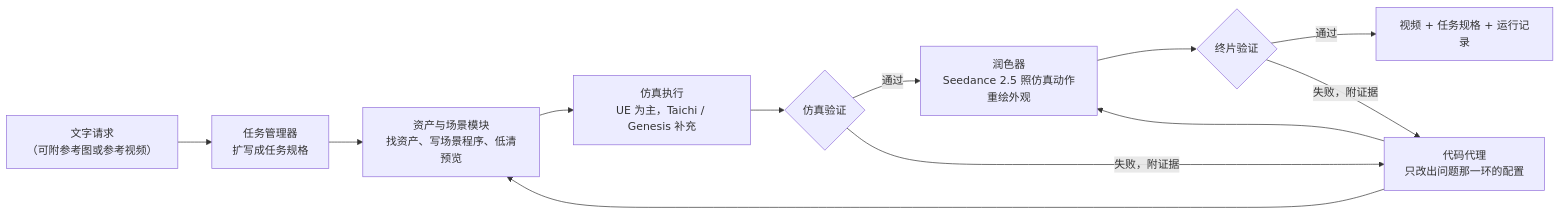
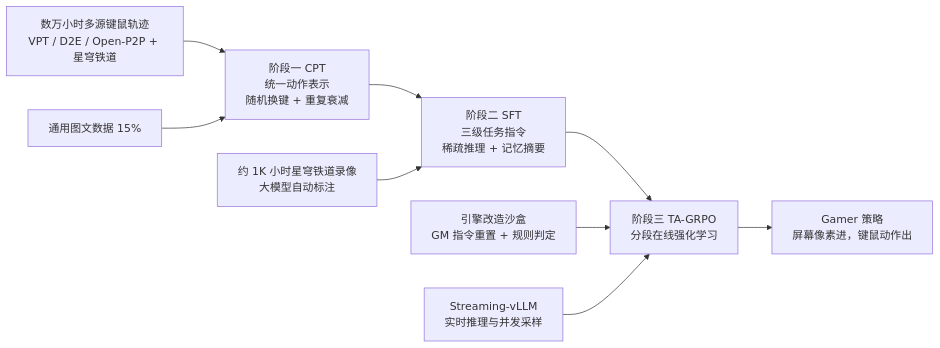
Before and after one commit to yingwang/paper-reads: the second of 6 diagrams in docs/index.md, drawn with Mermaid. The commit also changed other lines of this file and 2 other files, not shown here.

First line of the commit message:
Add 2026-11-16-gamer-generalist-vla-real-time-game-agent

````diff
--- a/docs/index.md
+++ b/docs/index.md
@@ -104,14 +89,11 @@
 ```mermaid
 graph LR
-    IN["文字请求<br/>（可附参考图或参考视频）"] --> TM["任务管理器<br/>扩写成任务规格"]
-    TM --> AS["资产与场景模块<br/>找资产、写场景程序、低清预览"]
-    AS --> SIM["仿真执行<br/>UE 为主，Taichi / Genesis 补充"]
-    SIM --> V1{"仿真验证"}
-    V1 -->|"通过"| RF["润色器<br/>Seedance 2.5 照仿真动作重绘外观"]
-    V1 -->|"失败，附证据"| AG["代码代理<br/>只改出问题那一环的配置"]
-    RF --> V2{"终片验证"}
-    V2 -->|"通过"| OUT["视频 + 任务规格 + 运行记录"]
-    V2 -->|"失败，附证据"| AG
-    AG --> AS
-    AG --> RF
+    D1["数万小时多源键鼠轨迹<br/>VPT / D2E / Open-P2P + 星穹铁道"] --> S1["阶段一 CPT<br/>统一动作表示<br/>随机换键 + 重复衰减"]
+    D0["通用图文数据 15%"] --> S1
+    S1 --> S2["阶段二 SFT<br/>三级任务指令<br/>稀疏推理 + 记忆摘要"]
+    D2["约 1K 小时星穹铁道录像<br/>大模型自动标注"] --> S2
+    S2 --> S3["阶段三 TA-GRPO<br/>分段在线强化学习"]
+    E["引擎改造沙盒<br/>GM 指令重置 + 规则判定"] --> S3
+    V["Streaming-vLLM<br/>实时推理与并发采样"] --> S3
+    S3 --> M["Gamer 策略<br/>屏幕像素进，键鼠动作出"]
 ```
````
